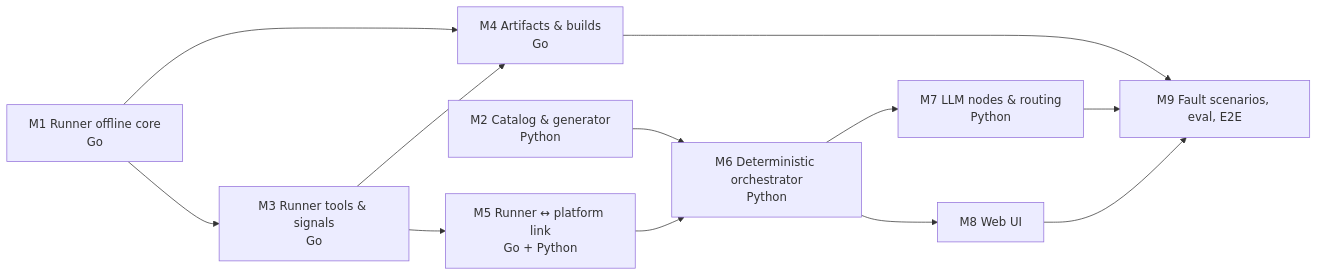
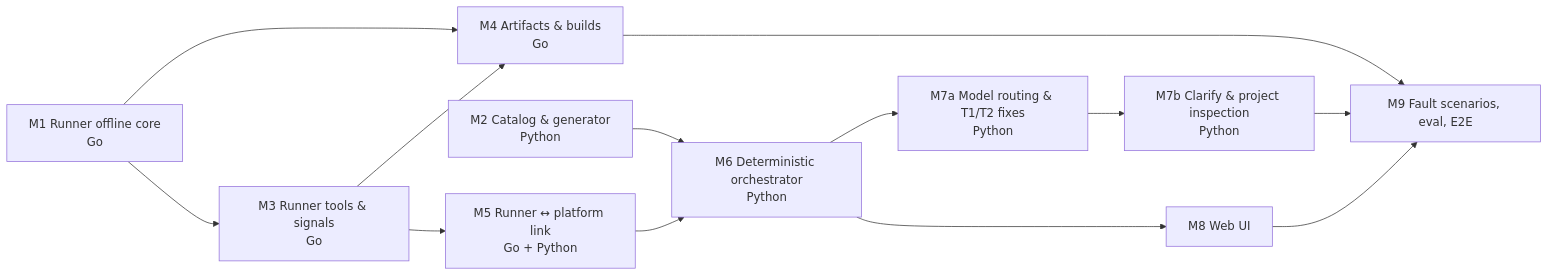
Before and after one commit to yutaofr/container-agent: the diagram in docs/plans/2026-10-17-poc-roadmap.md, drawn with Mermaid. The commit also changed other lines of this file and 1 other file, not shown here.

Commit message:
docs: record model tiers, the patch judge, and the M7a/M7b split

````diff
--- a/docs/plans/2026-10-17-poc-roadmap.md
+++ b/docs/plans/2026-10-17-poc-roadmap.md
@@ -10,24 +10,26 @@
 ```mermaid
 flowchart LR
   M1["M1 Runner offline core<br/>Go"]
   M2["M2 Catalog & generator<br/>Python"]
   M3["M3 Runner tools & signals<br/>Go"]
   M4["M4 Artifacts & builds<br/>Go"]
   M5["M5 Runner ↔ platform link<br/>Go + Python"]
   M6["M6 Deterministic orchestrator<br/>Python"]
-  M7["M7 LLM nodes & routing<br/>Python"]
+  M7a["M7a Model routing & T1/T2 fixes<br/>Python"]
+  M7b["M7b Clarify & project inspection<br/>Python"]
   M8["M8 Web UI"]
   M9["M9 Fault scenarios, eval, E2E"]
 
   M1 --> M3
   M1 --> M4
   M3 --> M4
   M3 --> M5
   M2 --> M6
   M5 --> M6
-  M6 --> M7
+  M6 --> M7a
+  M7a --> M7b
   M6 --> M8
   M4 --> M9
-  M7 --> M9
+  M7b --> M9
   M8 --> M9
 ```
````
